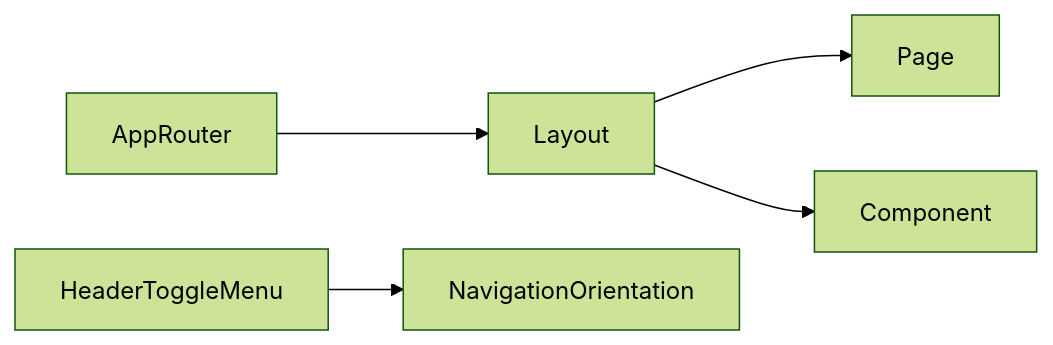
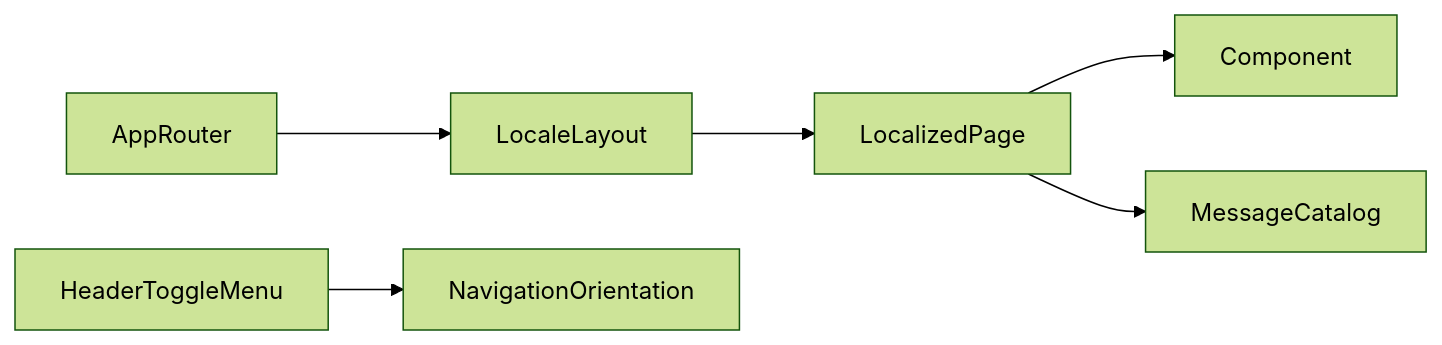
Before and after one commit to ipavic933-spec/website-pavic: the diagram in lode/terminology.md, drawn with Mermaid (forest theme). The commit also changed other lines of this file and 5 other files, not shown here.

````diff
--- a/lode/terminology.md
+++ b/lode/terminology.md
@@ -20,7 +21,8 @@
 ```mermaid
 graph LR
-  AppRouter --> Layout
-  Layout --> Page
-  Layout --> Component
+  AppRouter --> LocaleLayout
+  LocaleLayout --> LocalizedPage
+  LocalizedPage --> Component
+  LocalizedPage --> MessageCatalog
   HeaderToggleMenu --> NavigationOrientation
 ```
````
